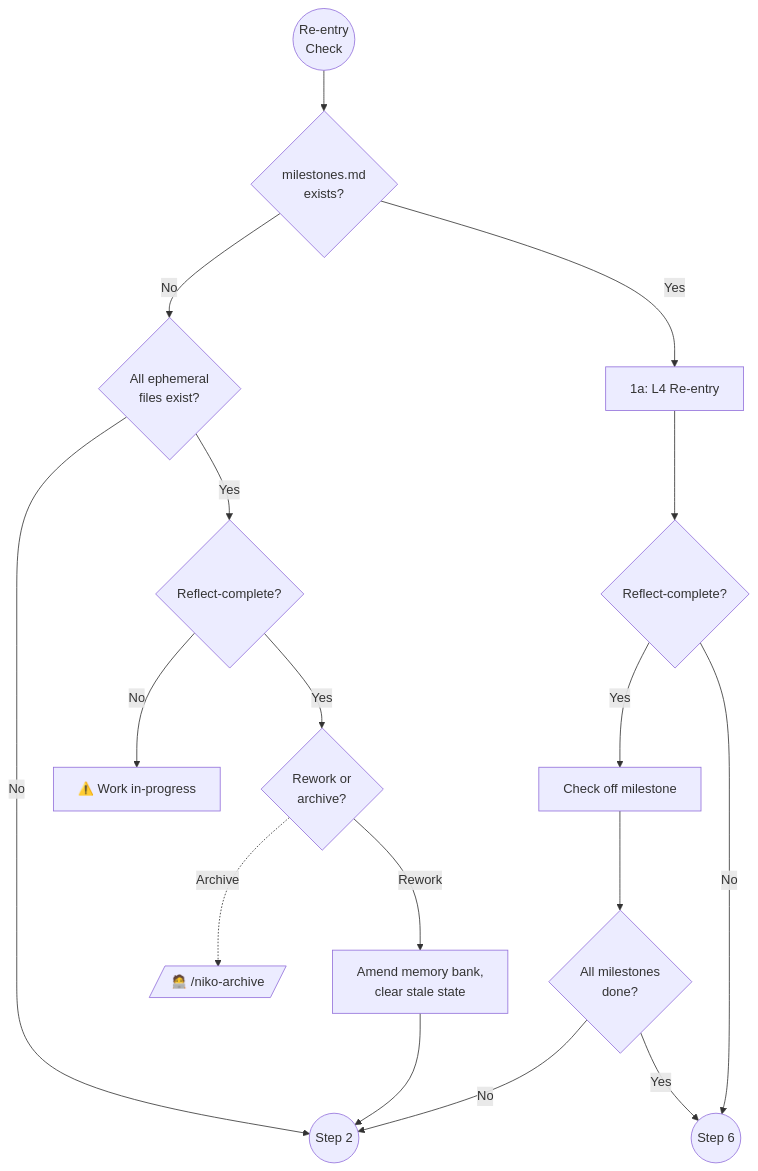
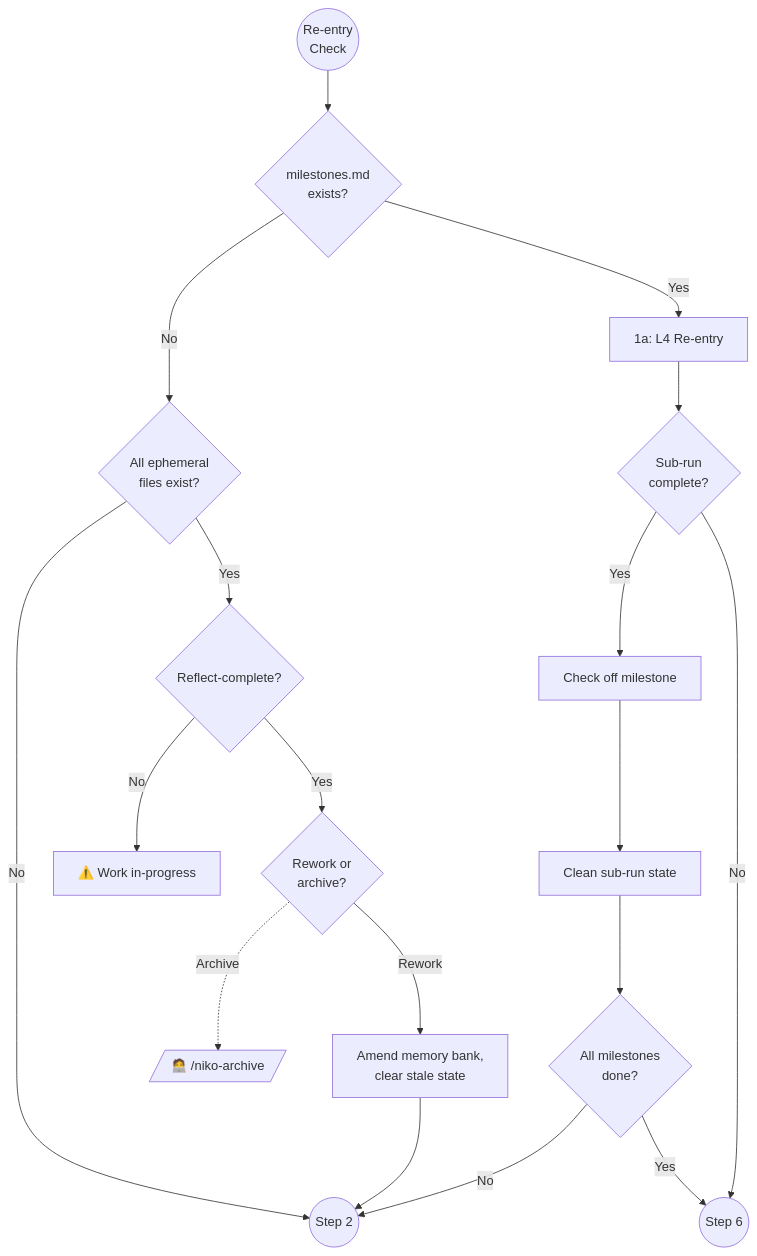
The first of 2 diagrams in rulesets/niko/niko/core/complexity-analysis.mdc (Texarkanine/.cursor-rules), drawn with Mermaid before and after one commit. The commit also changed other lines of this file and 7 other files, not shown here.

First line of the commit message:
fix: L4 sub-run completion directs to /niko re-entry instead of /niko-archive

````diff
--- a/rulesets/niko/niko/core/complexity-analysis.mdc
+++ b/rulesets/niko/niko/core/complexity-analysis.mdc
@@ -13,19 +13,20 @@
 ```mermaid
 graph TD
     Start(("Re-entry<br>Check")) --> M{"milestones.md<br>exists?"}
     M -->|"No"| E{"All ephemeral<br>files exist?"}
     M -->|"Yes"| L4["1a: L4 Re-entry"]
-    L4 --> RC2{"Reflect-complete?"}
+    L4 --> RC2{"Sub-run<br>complete?"}
     RC2 -->|"Yes"| CheckOff["Check off milestone"]
-    CheckOff --> AllDone{"All milestones<br>done?"}
+    CheckOff --> Cleanup["Clean sub-run state"]
+    Cleanup --> AllDone{"All milestones<br>done?"}
     AllDone -->|"No"| Step2
     AllDone -->|"Yes"| Step6(("Step 6"))
     RC2 -->|"No"| Step6
     E -->|"No"| Step2(("Step 2"))
     E -->|"Yes"| RC{"Reflect-complete?"}
     RC -->|"No"| Warn["⚠️ Work in-progress"]
     RC -->|"Yes"| Ask{"Rework or<br>archive?"}
     Ask -.->|"Archive"| Archive[/"🧑‍💻 /niko-archive"/]
     Ask -->|"Rework"| Rework["Amend memory bank,<br>clear stale state"]
     Rework --> Step2
 ```
````
